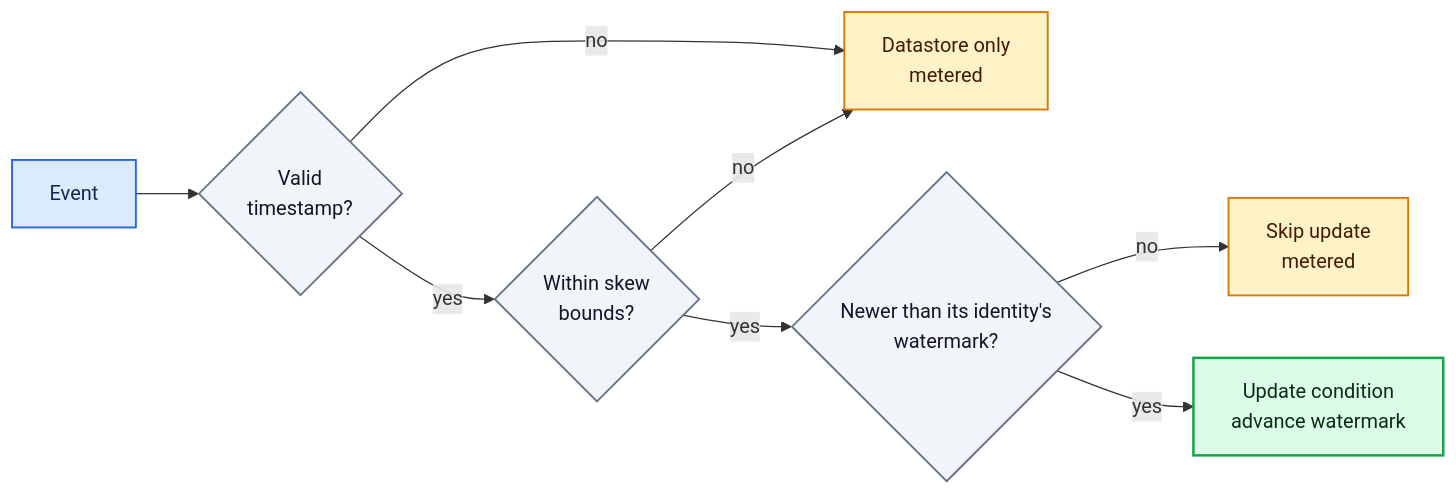
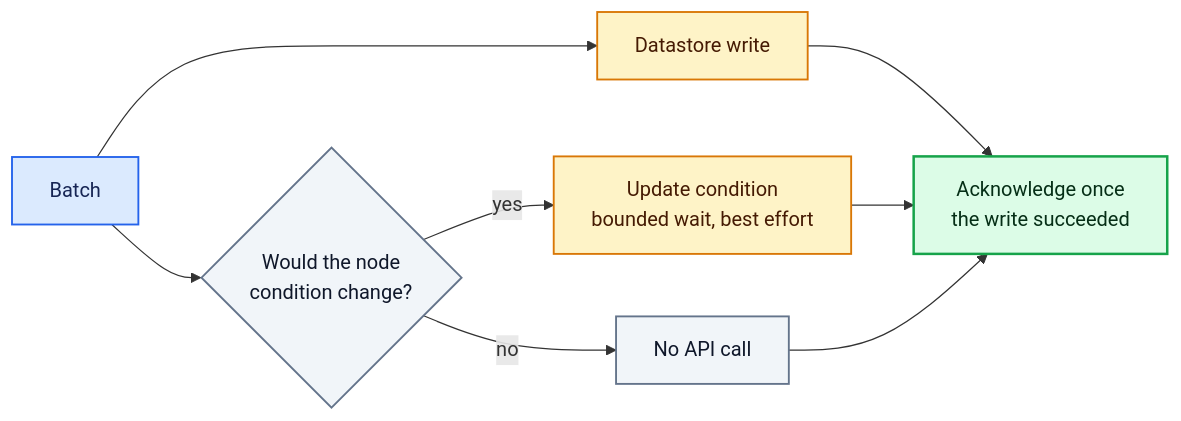
One commit to KaivalyaMDabhadkar/NVSentinel changed the third of 4 diagrams in docs/designs/052-deployment-platform-connector.md. Above: the diagram before and after it, drawn with Mermaid. The commit also changed other lines of this file, not shown here.

````diff
--- a/docs/designs/052-deployment-platform-connector.md
+++ b/docs/designs/052-deployment-platform-connector.md
@@ -236,19 +196,19 @@
 ```mermaid
 flowchart LR
-    E["Event"] --> TS{"Valid<br/>timestamp?"}
-    TS -- no --> STORE["Datastore only<br/>metered"]
-    TS -- yes --> SKEW{"Within skew<br/>bounds?"}
-    SKEW -- no --> STORE
-    SKEW -- yes --> GUARD{"Newer than its identity's<br/>watermark?"}
-    GUARD -- no --> SKIP["Skip update<br/>metered"]
-    GUARD -- yes --> APPLY["Update condition<br/>advance watermark"]
+    B["Batch"] --> W["Datastore write"]
+    B --> Q{"Would the node<br/>condition change?"}
+    Q -- no --> SKIP["No API call"]
+    Q -- yes --> UPD["Update condition<br/>bounded wait, best effort"]
+    W --> ACK["Acknowledge once<br/>the write succeeded"]
+    UPD --> ACK
+    SKIP --> ACK
 
     classDef start fill:#DBEAFE,stroke:#2563EB,color:#172554,stroke-width:1.5px
     classDef decision fill:#F1F5F9,stroke:#64748B,color:#0F172A,stroke-width:1.5px
     classDef partial fill:#FEF3C7,stroke:#D97706,color:#451A03,stroke-width:1.5px
     classDef apply fill:#DCFCE7,stroke:#16A34A,color:#052E16,stroke-width:2px
-    class E start
-    class TS,SKEW,GUARD decision
-    class STORE,SKIP partial
-    class APPLY apply
+    class B start
+    class Q,SKIP decision
+    class W,UPD partial
+    class ACK apply
 ```
````
